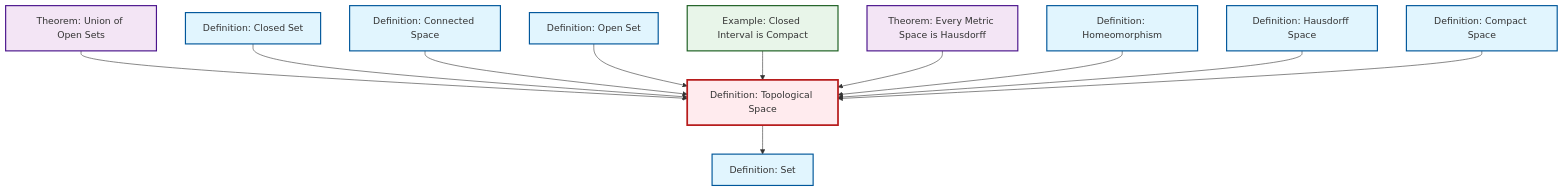
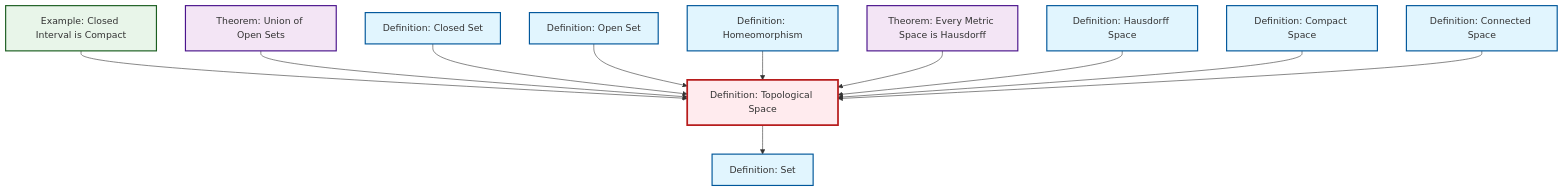
Before and after one commit to RK0429/ModernMath: the diagram in content/en/topology/def-topological-space.qmd, drawn with Mermaid. The commit also changed other lines of this file and 491 other files, not shown here.

````diff
--- a/content/en/topology/def-topological-space.qmd
+++ b/content/en/topology/def-topological-space.qmd
@@ -59,41 +59,41 @@
 ```{mermaid}
 %%| fig-cap: "Local dependency graph"
 graph TD
     classDef definition fill:#e1f5fe,stroke:#01579b,stroke-width:2px
     classDef theorem fill:#f3e5f5,stroke:#4a148c,stroke-width:2px
     classDef axiom fill:#fff3e0,stroke:#e65100,stroke-width:2px
     classDef example fill:#e8f5e9,stroke:#1b5e20,stroke-width:2px
     classDef current fill:#ffebee,stroke:#b71c1c,stroke-width:3px
+    def-hausdorff["Definition: Hausdorff Space"]:::definition
     def-closed-set["Definition: Closed Set"]:::definition
-    def-hausdorff["Definition: Hausdorff Space"]:::definition
+    def-connected["Definition: Connected Space"]:::definition
+    def-topological-space["Definition: Topological Space"]:::definition
+    def-open-set["Definition: Open Set"]:::definition
+    def-compact["Definition: Compact Space"]:::definition
+    ex-closed-interval-compact["Example: Closed Interval is Compact"]:::example
+    thm-union-open-sets["Theorem: Union of Open Sets"]:::theorem
+    def-homeomorphism["Definition: Homeomorphism"]:::definition
     def-set["Definition: Set"]:::definition
-    ex-closed-interval-compact["Example: Closed Interval is Compact"]:::example
-    def-open-set["Definition: Open Set"]:::definition
-    thm-union-open-sets["Theorem: Union of Open Sets"]:::theorem
-    def-compact["Definition: Compact Space"]:::definition
-    def-connected["Definition: Connected Space"]:::definition
-    def-homeomorphism["Definition: Homeomorphism"]:::definition
     thm-metric-hausdorff["Theorem: Every Metric Space is Hausdorff"]:::theorem
-    def-topological-space["Definition: Topological Space"]:::definition
+    ex-closed-interval-compact --> def-topological-space
+    def-topological-space --> def-set
     thm-union-open-sets --> def-topological-space
     def-closed-set --> def-topological-space
+    def-open-set --> def-topological-space
+    def-homeomorphism --> def-topological-space
+    thm-metric-hausdorff --> def-topological-space
+    def-hausdorff --> def-topological-space
+    def-compact --> def-topological-space
     def-connected --> def-topological-space
-    def-open-set --> def-topological-space
-    ex-closed-interval-compact --> def-topological-space
-    thm-metric-hausdorff --> def-topological-space
-    def-homeomorphism --> def-topological-space
-    def-hausdorff --> def-topological-space
-    def-topological-space --> def-set
-    def-compact --> def-topological-space
     class def-topological-space current
+    click def-hausdorff "def-hausdorff.html" "Go to Hausdorff Space definition"
     click def-closed-set "def-closed-set.html" "Go to Closed Set definition"
-    click def-hausdorff "def-hausdorff.html" "Go to Hausdorff Space definition"
+    click def-connected "def-connected.html" "Go to Connected Space definition"
+    click def-open-set "def-open-set.html" "Go to Open Set definition"
+    click def-compact "def-compact.html" "Go to Compact Space definition"
+    click ex-closed-interval-compact "ex-closed-interval-compact.html" "Go to Closed Interval is Compact example"
+    click thm-union-open-sets "thm-union-open-sets.html" "Go to Union of Open Sets theorem"
+    click def-homeomorphism "def-homeomorphism.html" "Go to Homeomorphism definition"
     click def-set "def-set.html" "Go to Set definition"
-    click ex-closed-interval-compact "ex-closed-interval-compact.html" "Go to Closed Interval is Compact example"
-    click def-open-set "def-open-set.html" "Go to Open Set definition"
-    click thm-union-open-sets "thm-union-open-sets.html" "Go to Union of Open Sets theorem"
-    click def-compact "def-compact.html" "Go to Compact Space definition"
-    click def-connected "def-connected.html" "Go to Connected Space definition"
-    click def-homeomorphism "def-homeomorphism.html" "Go to Homeomorphism definition"
     click thm-metric-hausdorff "thm-metric-hausdorff.html" "Go to Every Metric Space is Hausdorff theorem"
 ```
````
